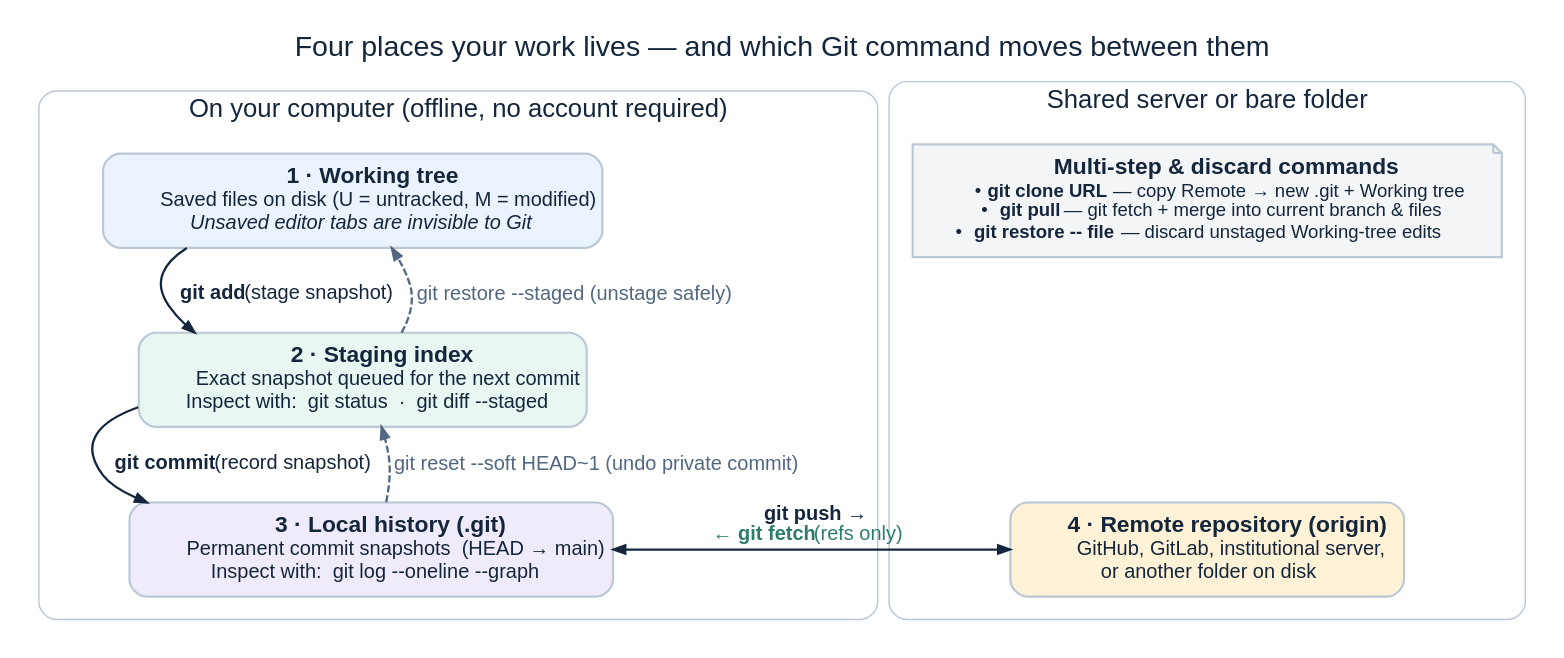
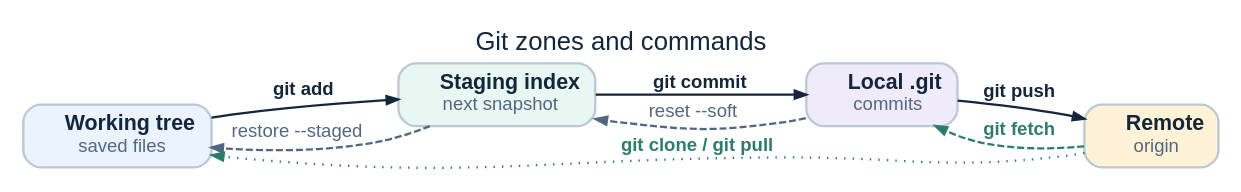
The diagram in book/diagrams/git-zones-lifecycle.dot (xangma/jupyter_data_languages), drawn with Graphviz before and after one commit. The commit also changed 16 other files, not shown here.

Commit message:
Simplify all seven Git diagrams to concise labels and command arrows

```diff
--- a/book/diagrams/git-zones-lifecycle.dot
+++ b/book/diagrams/git-zones-lifecycle.dot
@@ -1,81 +1,59 @@
-// Source: 02-git-and-tests.ipynb, Part 1 ("What Git records, and why").
-// Shows the four places files and commits live and the commands moving between them.
+// Source: 02-git-and-tests.ipynb, Part 1.
+// Visual map of the four Git zones and the commands moving snapshots between them.
 digraph git_zones_lifecycle {
   graph [
-    bgcolor="white", fontname="Arial", fontsize=20, fontcolor="#14263C",
-    label="Four places your work lives — and which Git command moves between them",
-    labelloc=t, rankdir=TB, newrank=true, nodesep=0.45, ranksep=0.52, pad=0.16,
+    bgcolor="white", fontname="Arial", fontsize=18, fontcolor="#14263C",
+    label="Git zones and commands",
+    labelloc=t, rankdir=LR, nodesep=0.30, ranksep=0.38, pad=0.12,
     splines=true
   ];
   node [
-    fontname="Arial", fontsize=16, fontcolor="#14263C",
-    color="#BAC7D5", penwidth=1.5, style="rounded,filled", margin="0.16,0.12"
+    fontname="Arial", fontsize=15, fontcolor="#14263C",
+    color="#BAC7D5", penwidth=1.6, style="rounded,filled", margin="0.14,0.10"
   ];
   edge [
-    fontname="Arial", fontsize=14, fontcolor="#14263C",
-    color="#14263C", penwidth=1.6, arrowsize=0.82
+    fontname="Arial", fontsize=13, fontcolor="#14263C",
+    color="#14263C", penwidth=1.6, arrowsize=0.8
   ];
 
-  subgraph cluster_local {
-    label="On your computer (offline, no account required)"; fontsize=18;
-    style="rounded"; color="#BAC7D5"; margin=16;
+  working [shape=box, fillcolor="#EAF3FE", label=<
+    <B>Working tree</B><BR/>
+    <FONT POINT-SIZE="13" COLOR="#526780">saved files</FONT>
+  >];
 
-    working [shape=box, fillcolor="#EAF3FE", label=<
-      <B>1 · Working tree</B><BR/>
-      <FONT POINT-SIZE="14">Saved files on disk (U = untracked, M = modified)<BR/>
-      <I>Unsaved editor tabs are invisible to Git</I></FONT>
-    >];
+  index [shape=box, fillcolor="#E9F7F2", label=<
+    <B>Staging index</B><BR/>
+    <FONT POINT-SIZE="13" COLOR="#526780">next snapshot</FONT>
+  >];
 
-    index [shape=box, fillcolor="#E9F7F2", label=<
-      <B>2 · Staging index</B><BR/>
-      <FONT POINT-SIZE="14">Exact snapshot queued for the next commit<BR/>
-      Inspect with:  git status  ·  git diff --staged</FONT>
-    >];
+  local_repo [shape=box, fillcolor="#F0EBFA", label=<
+    <B>Local .git</B><BR/>
+    <FONT POINT-SIZE="13" COLOR="#526780">commits</FONT>
+  >];
 
-    local_repo [shape=box, fillcolor="#F0EBFA", label=<
-      <B>3 · Local history (.git)</B><BR/>
-      <FONT POINT-SIZE="14">Permanent commit snapshots  (HEAD → main)<BR/>
-      Inspect with:  git log --oneline --graph</FONT>
-    >];
+  remote [shape=box, fillcolor="#FFF2D6", label=<
+    <B>Remote</B><BR/>
+    <FONT POINT-SIZE="13" COLOR="#526780">origin</FONT>
+  >];
 
-    working -> index [label=<  <B>git add</B> (stage snapshot)  >];
-    index -> working [
-      style=dashed, color="#526780", fontcolor="#526780",
-      label=<  git restore --staged (unstage safely)  >
-    ];
+  working -> index [label=< <B>git add</B> >];
+  index -> local_repo [label=< <B>git commit</B> >];
+  local_repo -> remote [label=< <B>git push</B> >];
 
-    index -> local_repo [label=<  <B>git commit</B> (record snapshot)  >];
-    local_repo -> index [
-      style=dashed, color="#526780", fontcolor="#526780",
-      label=<  git reset --soft HEAD~1 (undo private commit)  >
-    ];
-  }
-
-  subgraph cluster_remote {
-    label="Shared server or bare folder"; fontsize=18;
-    style="rounded"; color="#BAC7D5"; margin=16;
-
-    remote [shape=box, fillcolor="#FFF2D6", label=<
-      <B>4 · Remote repository (origin)</B><BR/>
-      <FONT POINT-SIZE="14">GitHub, GitLab, institutional server,<BR/>
-      or another folder on disk</FONT>
-    >];
-
-    shortcuts [shape=note, style="filled", fillcolor="#F3F5F7", label=<
-      <B>Multi-step &amp; discard commands</B><BR/>
-      <FONT POINT-SIZE="13.5">• <B>git clone URL</B> — copy Remote → new .git + Working tree<BR/>
-      • <B>git pull</B> — git fetch + merge into current branch &amp; files<BR/>
-      • <B>git restore -- file</B> — discard unstaged Working-tree edits</FONT>
-    >];
-
-    remote -> shortcuts [style=invis, weight=10];
-  }
-
-  { rank=same; working; shortcuts; }
-  { rank=same; local_repo; remote; }
-
-  local_repo -> remote [
-    constraint=false, dir=both,
-    label=< <B>git push →</B><BR/><FONT COLOR="#2E7D6B"><B>← git fetch</B> (refs only)</FONT> >
+  index -> working [
+    style=dashed, color="#526780", fontcolor="#526780",
+    label=< restore --staged >
+  ];
+  local_repo -> index [
+    style=dashed, color="#526780", fontcolor="#526780",
+    label=< reset --soft >
+  ];
+  remote -> local_repo [
+    style=dashed, color="#2E7D6B", fontcolor="#2E7D6B",
+    label=< <B>git fetch</B> >
+  ];
+  remote -> working [
+    style=dotted, color="#2E7D6B", fontcolor="#2E7D6B",
+    label=< <B>git clone / git pull</B> >
   ];
 }
```
